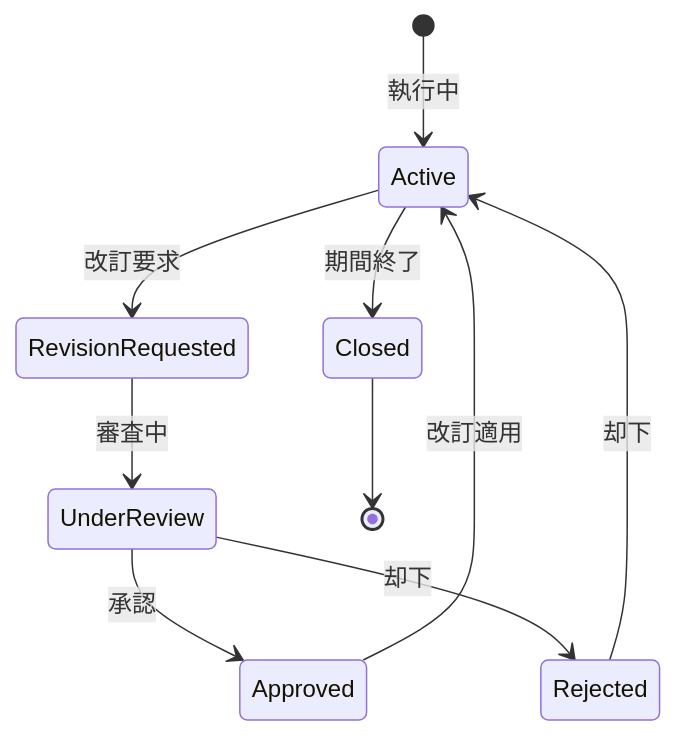
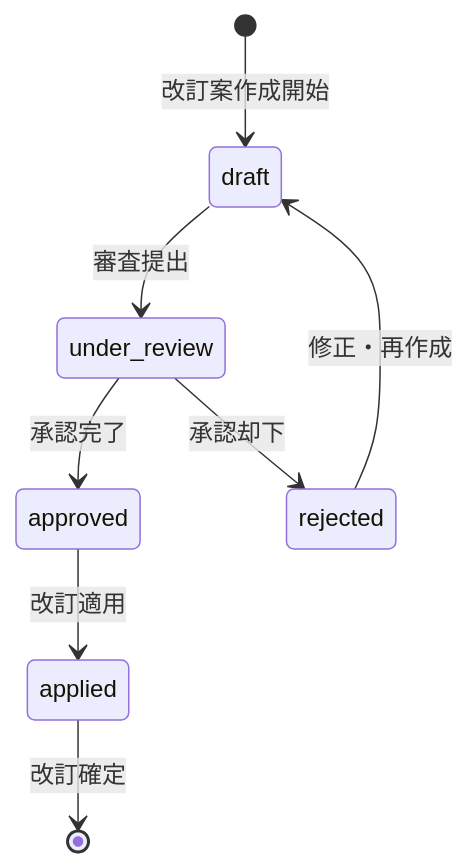
The diagram in consulting-dashboard-new/docs/parasol/services/revenue-optimization-service/capabilities/formulate-and-control-budget/operations/revise-and-reallocate-budget/operation.md (hmoriya/consultingTool), drawn with Mermaid before and after one commit. The commit also changed other lines of this file and 209 other files, not shown here.

````diff
--- a/consulting-dashboard-new/docs/parasol/services/revenue-optimization-service/capabilities/formulate-and-control-budget/operations/revise-and-reallocate-budget/operation.md
+++ b/consulting-dashboard-new/docs/parasol/services/revenue-optimization-service/capabilities/formulate-and-control-budget/operations/revise-and-reallocate-budget/operation.md
@@ -56,12 +130,10 @@
 ```mermaid
 stateDiagram-v2
-    [*] --> Active: 執行中
-    Active --> RevisionRequested: 改訂要求
-    RevisionRequested --> UnderReview: 審査中
-    UnderReview --> Approved: 承認
-    UnderReview --> Rejected: 却下
-    Approved --> Active: 改訂適用
-    Rejected --> Active: 却下
-    Active --> Closed: 期間終了
-    Closed --> [*]
+    [*] --> draft: 改訂案作成開始
+    draft --> under_review: 審査提出
+    under_review --> approved: 承認完了
+    under_review --> rejected: 承認却下
+    approved --> applied: 改訂適用
+    rejected --> draft: 修正・再作成
+    applied --> [*]: 改訂確定
 ```
````
